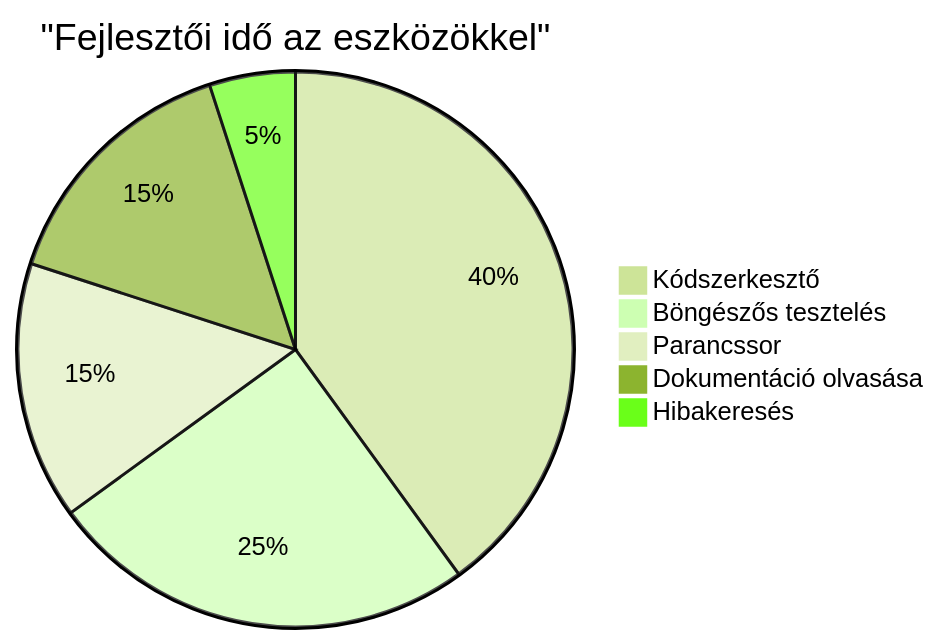
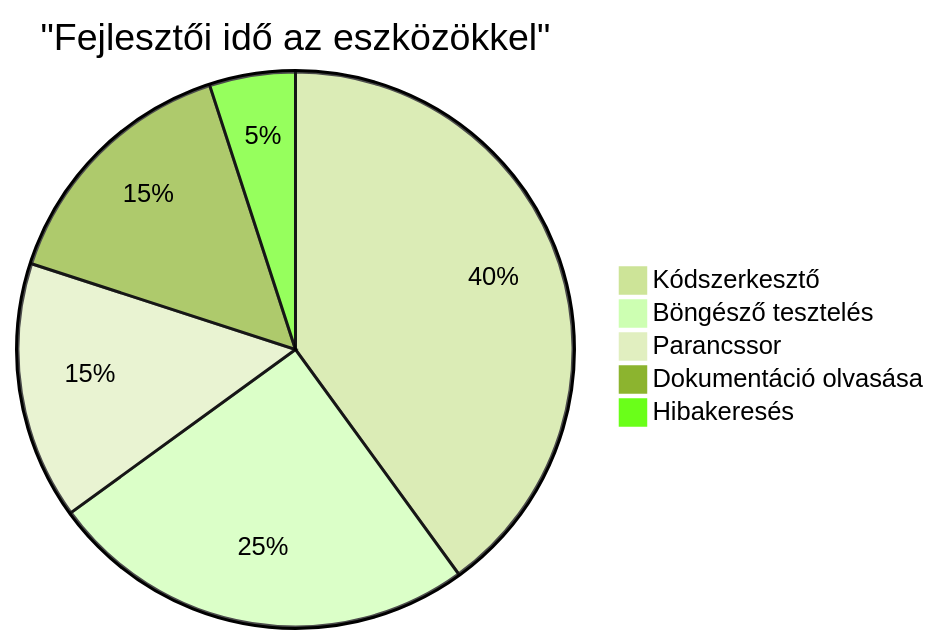
Before and after one commit to microsoft/Web-Dev-For-Beginners: the sixth of 7 diagrams in translations/hu/1-getting-started-lessons/1-intro-to-programming-languages/README.md, drawn with Mermaid (forest theme). The commit also changed other lines of this file and 8 other files, not shown here.

````diff
--- a/translations/hu/1-getting-started-lessons/1-intro-to-programming-languages/README.md
+++ b/translations/hu/1-getting-started-lessons/1-intro-to-programming-languages/README.md
@@ -713,8 +711,8 @@
 ```mermaid
 pie title "Fejlesztői idő az eszközökkel"
     "Kódszerkesztő" : 40
-    "Böngészős tesztelés" : 25
+    "Böngésző tesztelés" : 25
     "Parancssor" : 15
     "Dokumentáció olvasása" : 15
     "Hibakeresés" : 5
-```  
+```
````
